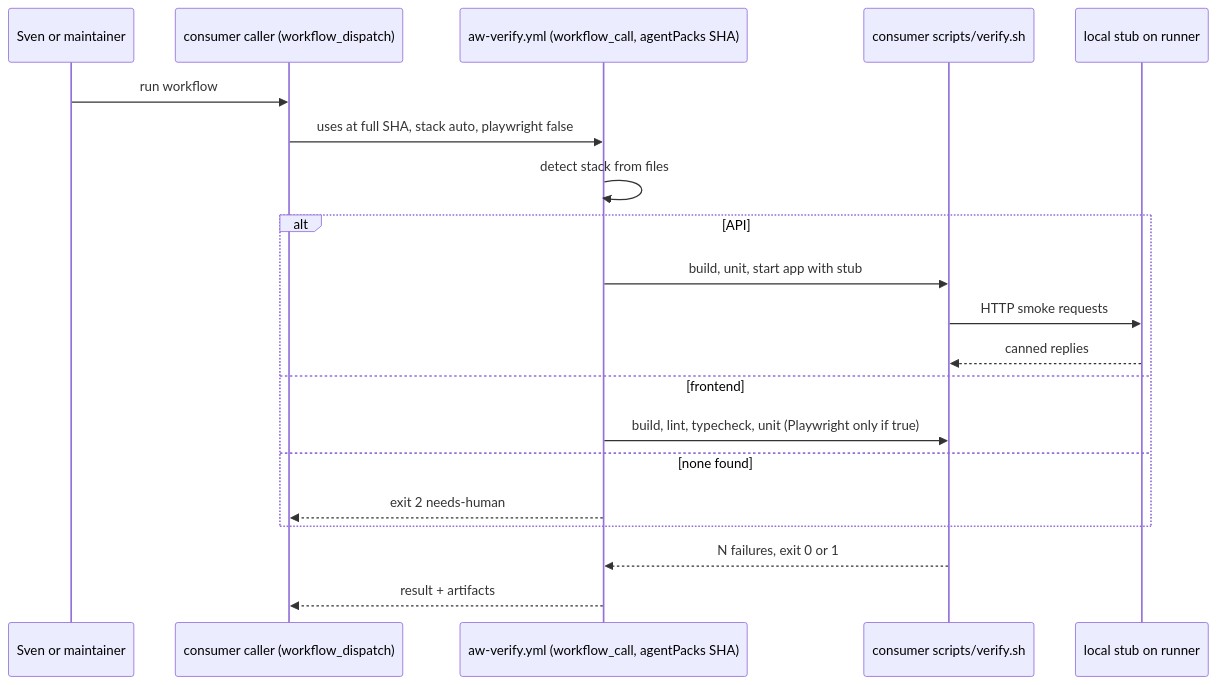
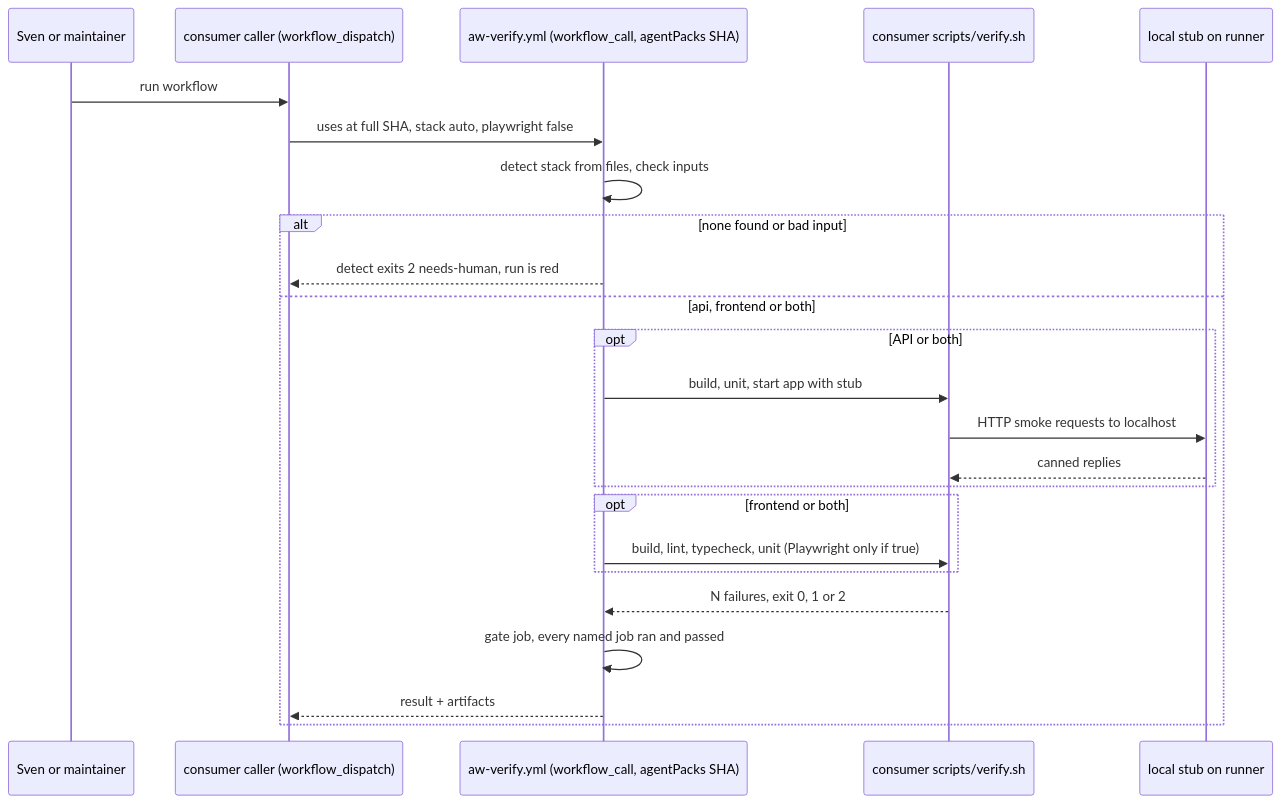
One commit to svennijhuis/agentic-workflows changed the first of 2 diagrams in docs/pbi/verify/VF02.md. Above: the diagram before and after it, drawn with Mermaid. The commit also changed other lines of this file and 2 other files, not shown here.

Commit message:
docs(pbi): VF01 check-pbi-docs exits 1 on findings, VF01/VF02 fail closed (Strategy delta, Cursor review)

````diff
--- a/docs/pbi/verify/VF02.md
+++ b/docs/pbi/verify/VF02.md
@@ -104,22 +127,26 @@
 ```mermaid
 sequenceDiagram
   participant H as Sven or maintainer
   participant CE as consumer caller (workflow_dispatch)
   participant T as aw-verify.yml (workflow_call, agentPacks SHA)
   participant V as consumer scripts/verify.sh
   participant S as local stub on runner
   H->>CE: run workflow
   CE->>T: uses at full SHA, stack auto, playwright false
-  T->>T: detect stack from files
-  alt API
-    T->>V: build, unit, start app with stub
-    V->>S: HTTP smoke requests
-    S-->>V: canned replies
-  else frontend
-    T->>V: build, lint, typecheck, unit (Playwright only if true)
-  else none found
-    T-->>CE: exit 2 needs-human
+  T->>T: detect stack from files, check inputs
+  alt none found or bad input
+    T-->>CE: detect exits 2 needs-human, run is red
+  else api, frontend or both
+    opt API or both
+      T->>V: build, unit, start app with stub
+      V->>S: HTTP smoke requests to localhost
+      S-->>V: canned replies
+    end
+    opt frontend or both
+      T->>V: build, lint, typecheck, unit (Playwright only if true)
+    end
+    V-->>T: N failures, exit 0, 1 or 2
+    T->>T: gate job, every named job ran and passed
+    T-->>CE: result + artifacts
   end
-  V-->>T: N failures, exit 0 or 1
-  T-->>CE: result + artifacts
 ```
````
